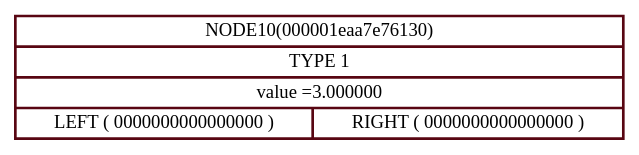
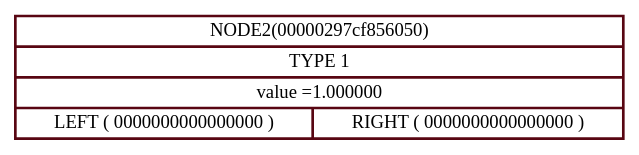
One commit to MalishTulen/DIFFIRER changed the diagram in dot_file.dot. Above: the diagram before and after it, drawn with Graphviz. The commit also changed 8 other files, not shown here.

```diff
--- a/dot_file.dot
+++ b/dot_file.dot
@@ -1,4 +1,4 @@
 digraph data{
 rankdir = TB;
-node000001eaa7e76130[ shape = record, style = bold, color = "#580612", label = " {<f0> NODE10(000001eaa7e76130) | <f1> TYPE 1 | <f2> value =3.000000 | { <f3> LEFT ( 0000000000000000 ) | <f4> RIGHT ( 0000000000000000 ) } } "];
+node00000297cf856050[ shape = record, style = bold, color = "#580612", label = " {<f0> NODE2(00000297cf856050) | <f1> TYPE 1 | <f2> value =1.000000 | { <f3> LEFT ( 0000000000000000 ) | <f4> RIGHT ( 0000000000000000 ) } } "];
 }
```
